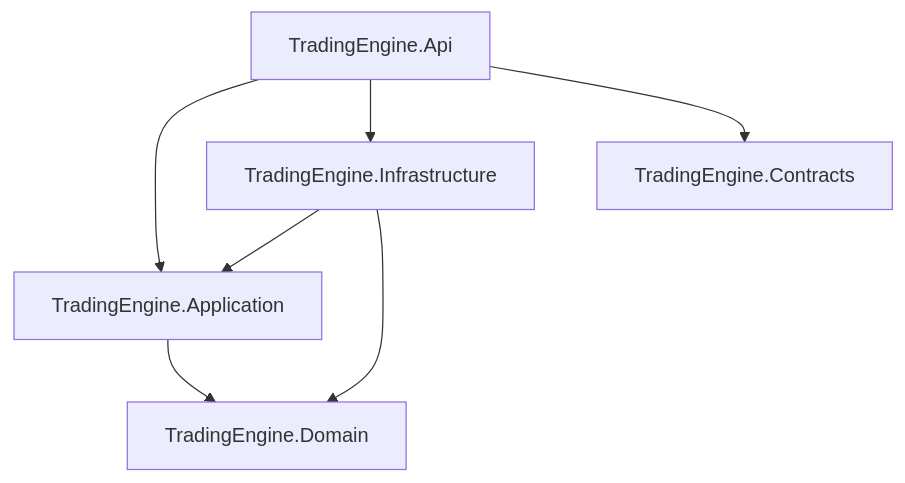
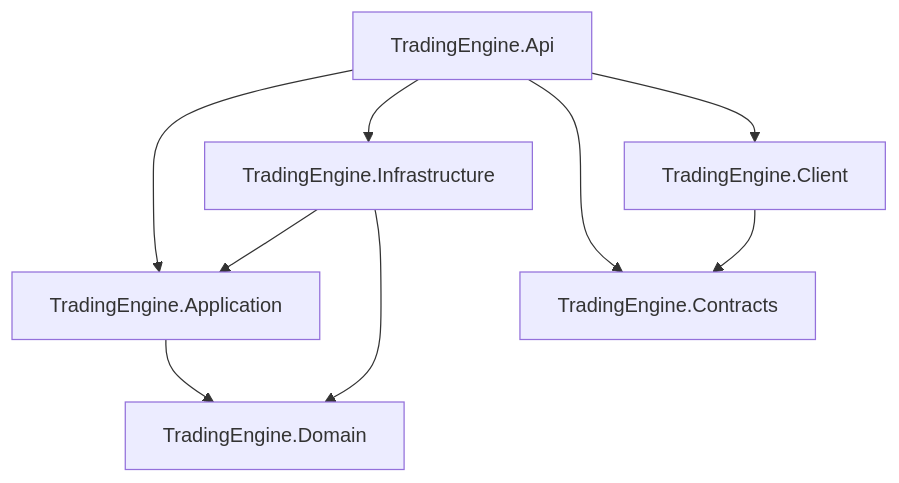
Before and after one commit to carndog/TradingEngine: the diagram in docs/architecture.md, drawn with Mermaid. The commit also changed other lines of this file and 75 other files, not shown here.

````diff
--- a/docs/architecture.md
+++ b/docs/architecture.md
@@ -5,9 +5,11 @@
 ```mermaid
 flowchart TD
     API[TradingEngine.Api] --> Application[TradingEngine.Application]
     API --> Infrastructure[TradingEngine.Infrastructure]
     API --> Contracts[TradingEngine.Contracts]
+    API --> Client[TradingEngine.Client]
+    Client --> Contracts
     Infrastructure --> Application
     Infrastructure --> Domain[TradingEngine.Domain]
     Application --> Domain
 ```
````
